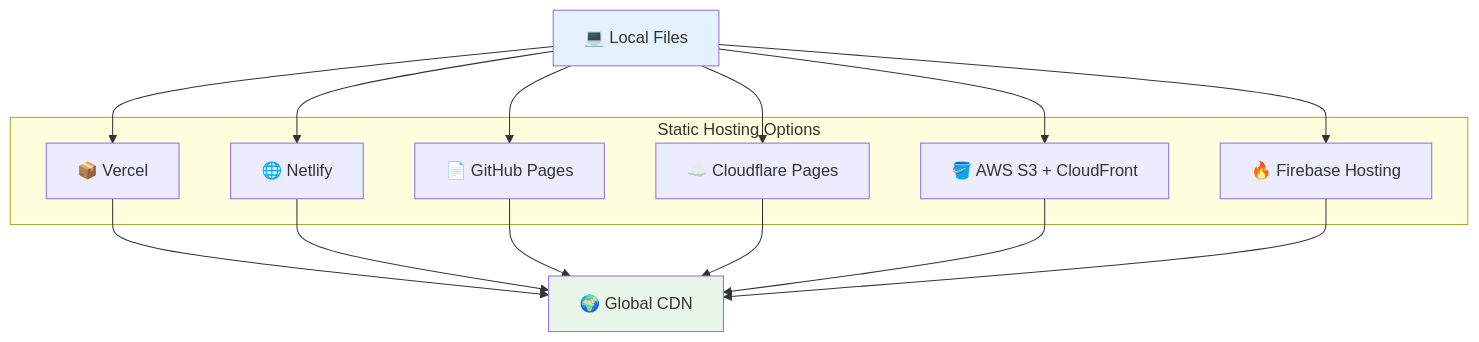
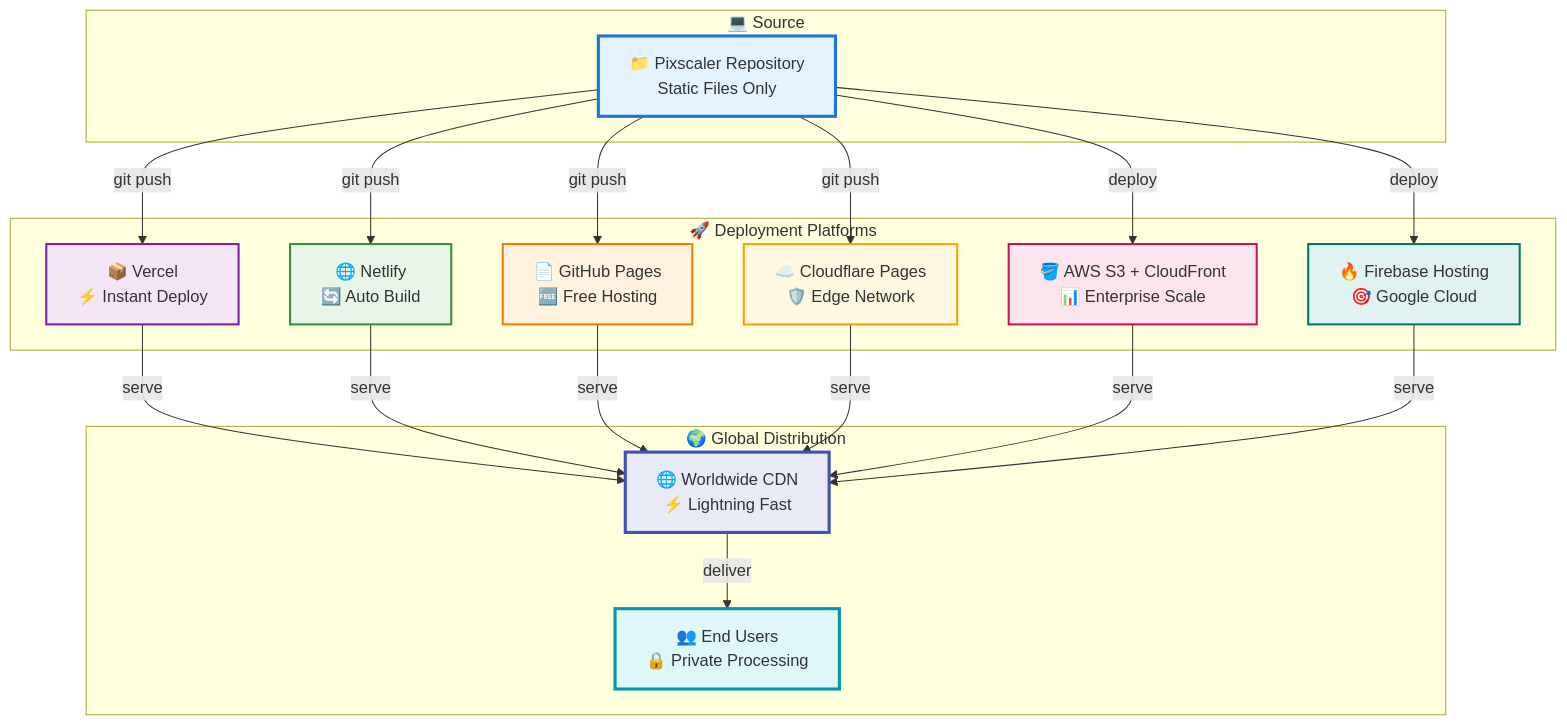
The fifth of 8 diagrams in README.md (27bhd/Pixscaler), drawn with Mermaid before and after one commit. The commit also changed other lines of this file, not shown here.

Commit message:
✨ Enhanced Mermaid diagrams with professional styling and detailed annotations

````diff
--- a/README.md
+++ b/README.md
@@ -204,28 +254,46 @@
 ```mermaid
 graph TB
-    subgraph "Static Hosting Options"
-        A[📦 Vercel]
-        B[🌐 Netlify]
-        C[📄 GitHub Pages]
-        D[☁️ Cloudflare Pages]
-        E[🪣 AWS S3 + CloudFront]
-        F[🔥 Firebase Hosting]
+    subgraph "💻 Source"
+        G[📁 Pixscaler Repository<br/>Static Files Only]
     end
     
-    G[💻 Local Files] --> A
-    G --> B
-    G --> C
-    G --> D
-    G --> E
-    G --> F
+    subgraph "🚀 Deployment Platforms"
+        A[📦 Vercel<br/>⚡ Instant Deploy]
+        B[🌐 Netlify<br/>🔄 Auto Build]
+        C[📄 GitHub Pages<br/>🆓 Free Hosting]
+        D[☁️ Cloudflare Pages<br/>🛡️ Edge Network]
+        E[🪣 AWS S3 + CloudFront<br/>📊 Enterprise Scale]
+        F[🔥 Firebase Hosting<br/>🎯 Google Cloud]
+    end
     
-    A --> H[🌍 Global CDN]
-    B --> H
-    C --> H
-    D --> H
-    E --> H
-    F --> H
+    subgraph "🌍 Global Distribution"
+        H[🌐 Worldwide CDN<br/>⚡ Lightning Fast]
+        I[👥 End Users<br/>🔒 Private Processing]
+    end
     
-    style G fill:#e3f2fd
-    style H fill:#e8f5e8
+    G -->|git push| A
+    G -->|git push| B
+    G -->|git push| C
+    G -->|git push| D
+    G -->|deploy| E
+    G -->|deploy| F
+    
+    A -->|serve| H
+    B -->|serve| H
+    C -->|serve| H
+    D -->|serve| H
+    E -->|serve| H
+    F -->|serve| H
+    
+    H -->|deliver| I
+    
+    style G fill:#e3f2fd,stroke:#1976d2,stroke-width:3px
+    style A fill:#f3e5f5,stroke:#7b1fa2,stroke-width:2px
+    style B fill:#e8f5e8,stroke:#388e3c,stroke-width:2px
+    style C fill:#fff3e0,stroke:#f57c00,stroke-width:2px
+    style D fill:#fff8e1,stroke:#ffa000,stroke-width:2px
+    style E fill:#fce4ec,stroke:#c2185b,stroke-width:2px
+    style F fill:#e0f2f1,stroke:#00796b,stroke-width:2px
+    style H fill:#e8eaf6,stroke:#3f51b5,stroke-width:3px
+    style I fill:#e0f7fa,stroke:#0097a7,stroke-width:3px
 ```
````
